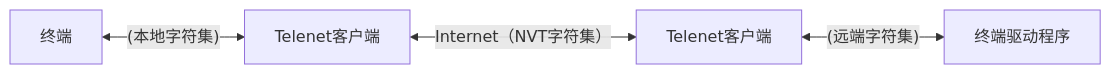
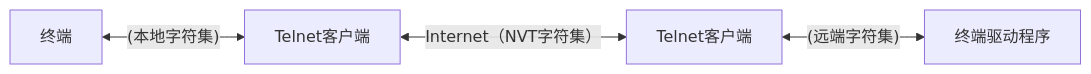
One commit to Wavepoet/hikari_Notes_Datacom changed the first of 2 diagrams in 理论/TCP_IP/1.应用层/Telnet.md. Above: the diagram before and after it, drawn with Mermaid. The commit also changed other lines of this file and 44 other files, not shown here.

````diff
--- a/理论/TCP_IP/1.应用层/Telnet.md
+++ b/理论/TCP_IP/1.应用层/Telnet.md
@@ -13,6 +13,6 @@
 ```mermaid
 graph LR
-A[终端]<--(本地字符集)-->B[Telenet客户端]
-B<--Internet（NVT字符集）-->C[Telenet客户端]
+A[终端]<--(本地字符集)-->B[Telnet客户端]
+B<--Internet（NVT字符集）-->C[Telnet客户端]
 C<--(远端字符集)-->D[终端驱动程序]
 ```
````
